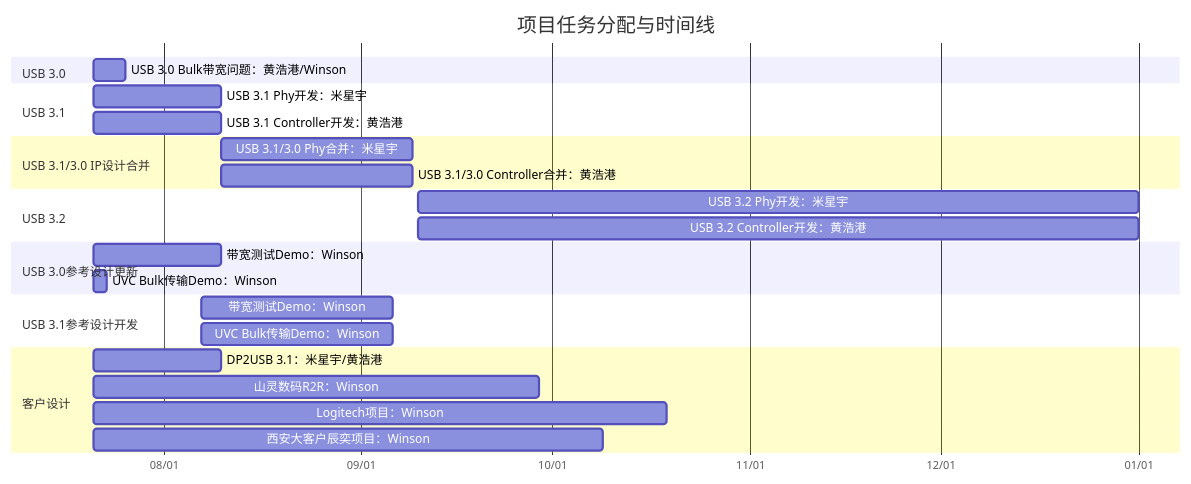
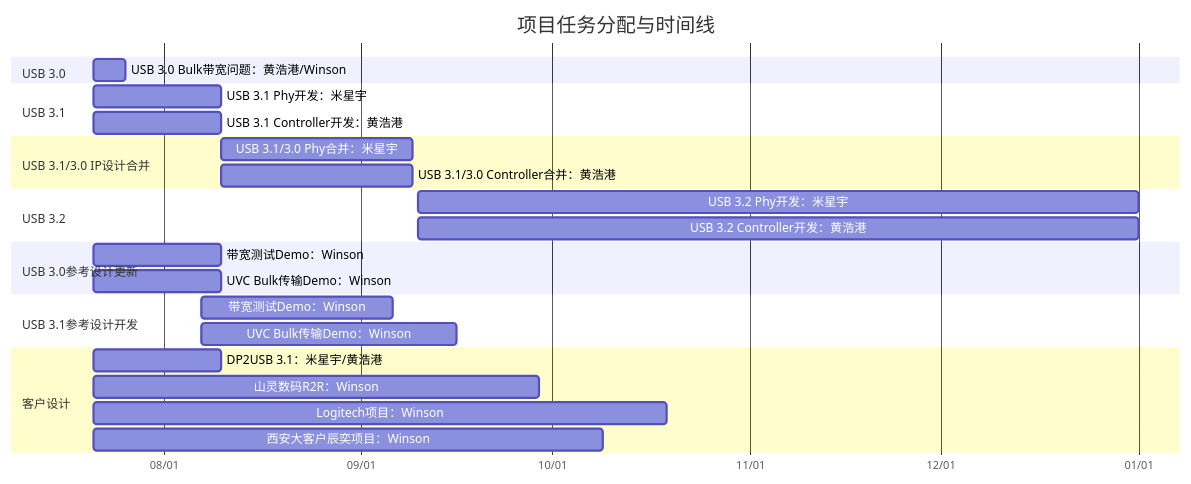
Before and after one commit to winsonbook/iodraw-files: the diagram in all/未命名.md, drawn with Mermaid.

Commit message:
2025-07-21 10:17:59 update

````diff
--- a/all/未命名.md
+++ b/all/未命名.md
@@ -1,35 +1,35 @@
 ```mermaid
 gantt
     title 项目任务分配与时间线
     dateFormat  YYYY-MM-DD
     axisFormat  %m/%d
 
     section USB 3.0
     USB 3.0 Bulk带宽问题：黄浩港/Winson   :    task1, 2025-07-21, 5d
 
     section USB 3.1
     USB 3.1 Phy开发：米星宇      :         task2, 2025-07-21, 20d
     USB 3.1 Controller开发：黄浩港      :  task3, 2025-07-21, 20d
 
     section USB 3.1/3.0 IP设计合并
     USB 3.1/3.0 Phy合并：米星宇       :    task4, 2025-08-10, 30d
     USB 3.1/3.0 Controller合并：黄浩港:    task5, 2025-08-10, 30d
 
     section USB 3.2
     USB 3.2 Phy开发：米星宇      :         task2, 2025-09-10, 113d
     USB 3.2 Controller开发：黄浩港      :  task3, 2025-09-10, 113d
 
     section USB 3.0参考设计更新
     带宽测试Demo：Winson       :         task6, 2025-07-21, 20d
-    UVC Bulk传输Demo：Winson   :        task7, 2025-07-21, 2d
+    UVC Bulk传输Demo：Winson   :        task7, 2025-07-21, 20d
 
     section USB 3.1参考设计开发
     带宽测试Demo：Winson       :         task8, 2025-08-07, 30d
-    UVC Bulk传输Demo：Winson   :         task9, 2025-08-07, 30d
+    UVC Bulk传输Demo：Winson   :         task9, 2025-08-07, 40d
 
     section 客户设计
     DP2USB 3.1：米星宇/黄浩港      :task10, 2025-07-21, 20d
     山灵数码R2R：Winson :             task11, 2025-07-21, 70d
     Logitech项目：Winson :            task12, 2025-07-21, 90d
     西安大客户辰奕项目：Winson :       task13, 2025-07-21, 80d
 ```
````
